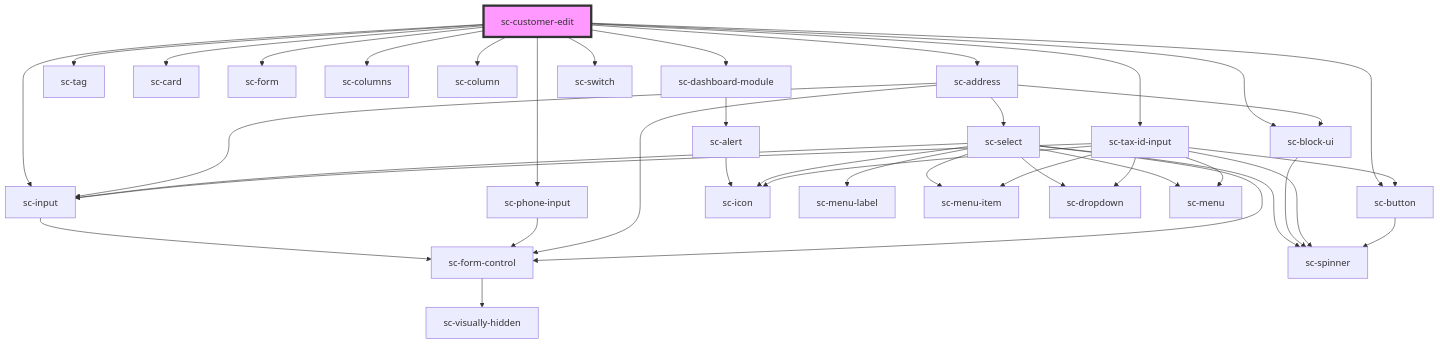
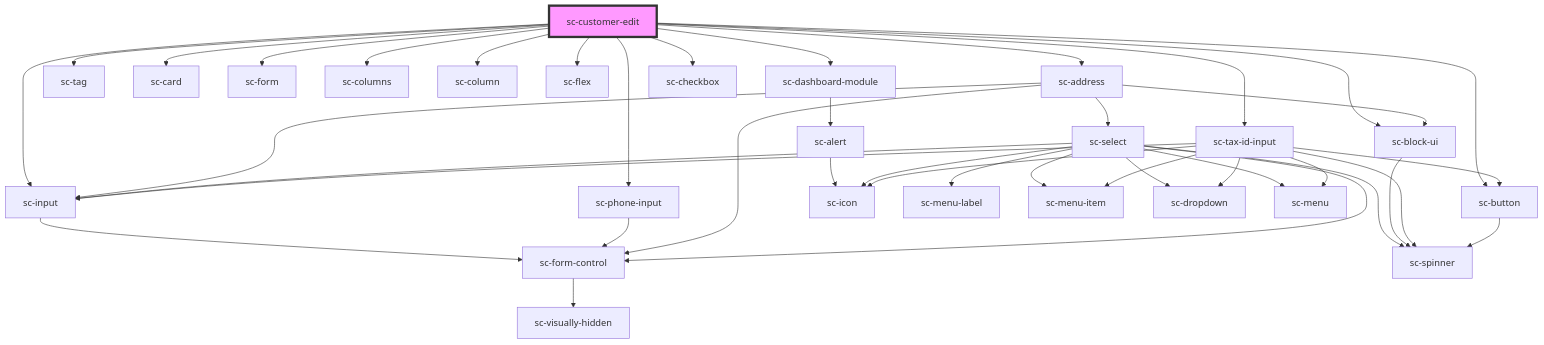
The diagram in packages/components/src/components/controllers/dashboard/customer-edit/readme.md (surecart/surecart-wp-plugin), drawn with Mermaid before and after one commit. The commit also changed other lines of this file and 5 other files, not shown here.

````diff
--- a/packages/components/src/components/controllers/dashboard/customer-edit/readme.md
+++ b/packages/components/src/components/controllers/dashboard/customer-edit/readme.md
@@ -36,43 +37,44 @@
 ```mermaid
 graph TD;
   sc-customer-edit --> sc-dashboard-module
   sc-customer-edit --> sc-tag
   sc-customer-edit --> sc-card
   sc-customer-edit --> sc-form
   sc-customer-edit --> sc-columns
   sc-customer-edit --> sc-column
   sc-customer-edit --> sc-input
   sc-customer-edit --> sc-phone-input
+  sc-customer-edit --> sc-flex
   sc-customer-edit --> sc-address
-  sc-customer-edit --> sc-switch
+  sc-customer-edit --> sc-checkbox
   sc-customer-edit --> sc-tax-id-input
   sc-customer-edit --> sc-button
   sc-customer-edit --> sc-block-ui
   sc-dashboard-module --> sc-alert
   sc-alert --> sc-icon
   sc-input --> sc-form-control
   sc-form-control --> sc-visually-hidden
   sc-phone-input --> sc-form-control
   sc-address --> sc-form-control
   sc-address --> sc-input
   sc-address --> sc-select
   sc-address --> sc-block-ui
   sc-select --> sc-icon
   sc-select --> sc-menu-label
   sc-select --> sc-menu-item
   sc-select --> sc-form-control
   sc-select --> sc-dropdown
   sc-select --> sc-input
   sc-select --> sc-spinner
   sc-select --> sc-menu
   sc-block-ui --> sc-spinner
   sc-tax-id-input --> sc-icon
   sc-tax-id-input --> sc-input
   sc-tax-id-input --> sc-spinner
   sc-tax-id-input --> sc-dropdown
   sc-tax-id-input --> sc-button
   sc-tax-id-input --> sc-menu
   sc-tax-id-input --> sc-menu-item
   sc-button --> sc-spinner
   style sc-customer-edit fill:#f9f,stroke:#333,stroke-width:4px
 ```
````
